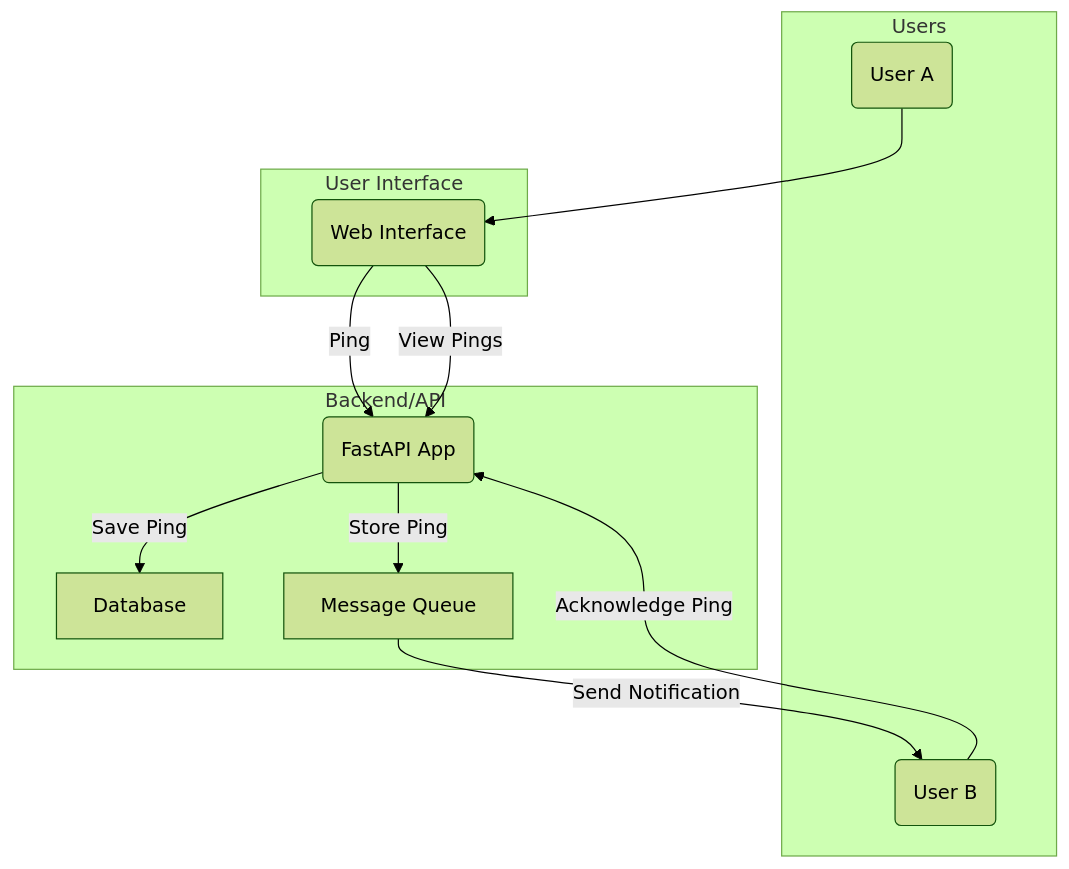
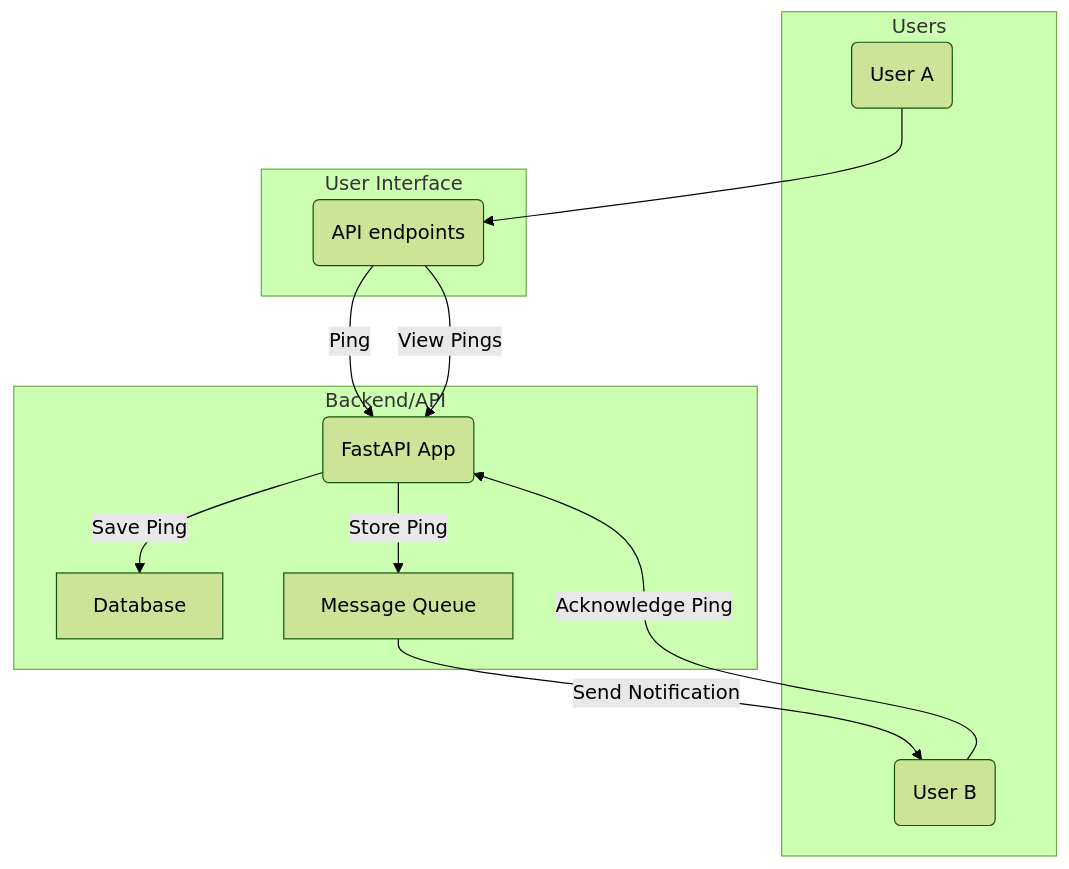
Before and after one commit to thereisnoaddress/healthzed: the diagram in diagram.mermaid, drawn with Mermaid (forest theme). The commit also changed 3 other files, not shown here.

```diff
--- a/diagram.mermaid
+++ b/diagram.mermaid
@@ -1,26 +1,26 @@
 graph
 
 subgraph Users
     A(User A)
     B(User B)
 end
 
 subgraph Backend/API
     E(FastAPI App)
     F[Database]
     G[Message Queue]
 end
 
 subgraph User Interface
-    H(Web Interface)
+    I(API endpoints)
 end
 
-A --> H
+A --> I
 B -- Acknowledge Ping --> E
 
 E -- Save Ping --> F
 E -- Store Ping --> G
 G -- Send Notification --> B
 
-H -- Ping --> E
-H -- View Pings --> E
+I -- Ping --> E
+I -- View Pings --> E
```
